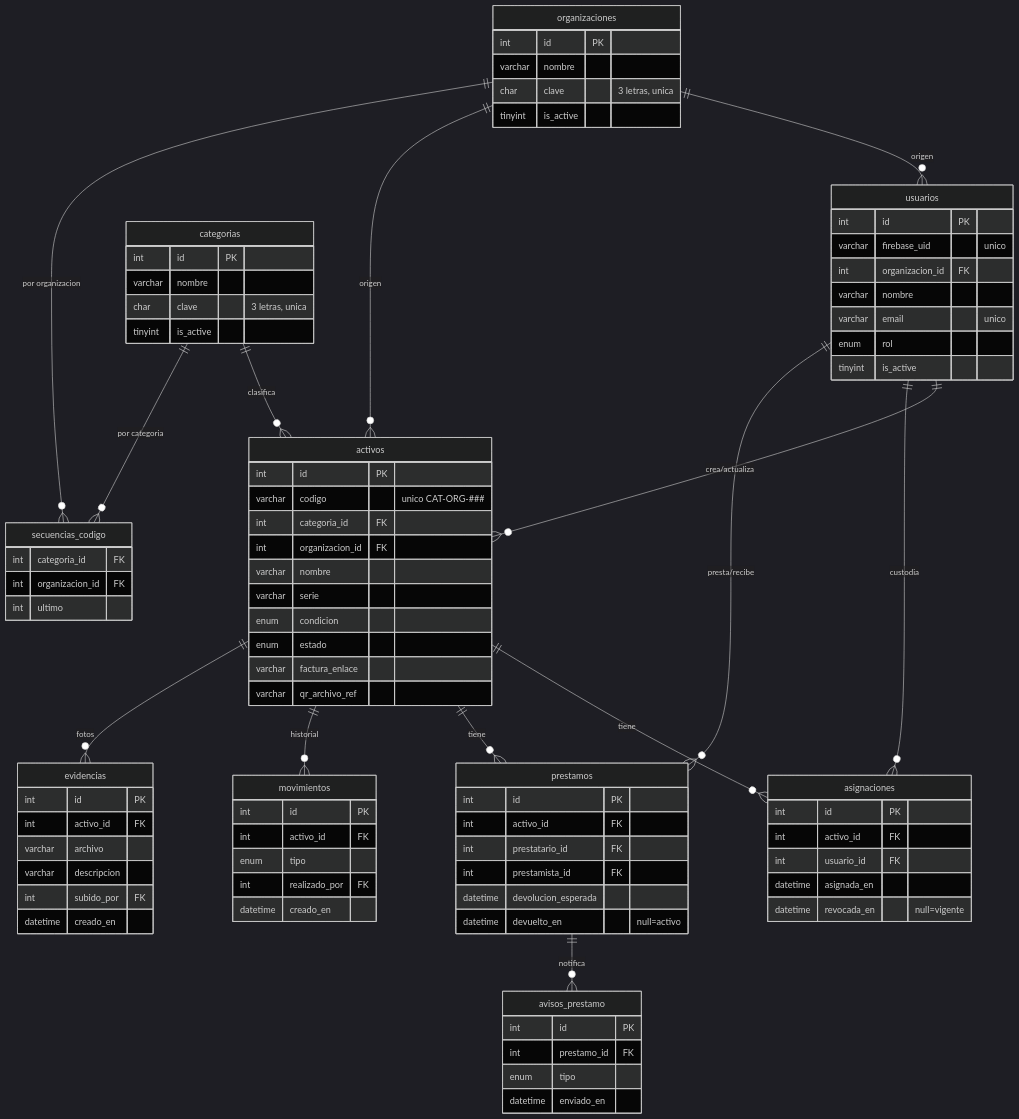
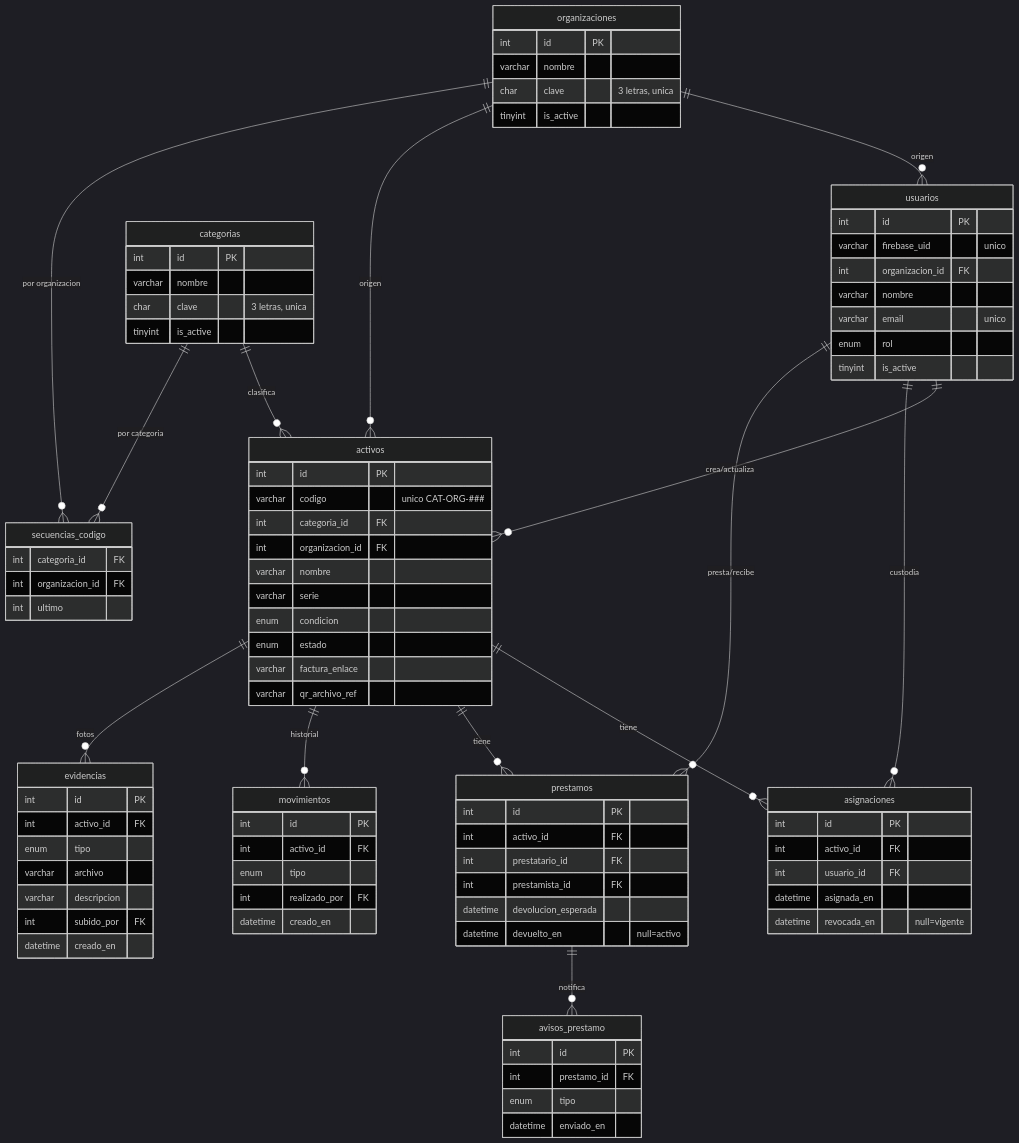
The diagram in SiRe_documentacion/03-datos/03_modelo_de_datos.md (dagargon89/SiRe), drawn with Mermaid (dark theme) before and after one commit. The commit also changed other lines of this file and 10 other files, not shown here.

```diff
--- a/SiRe_documentacion/03-datos/03_modelo_de_datos.md
+++ b/SiRe_documentacion/03-datos/03_modelo_de_datos.md
@@ -91,6 +91,7 @@
     evidencias {
         int id PK
         int activo_id FK
+        enum tipo
         varchar archivo
         varchar descripcion
         int subido_por FK
```
